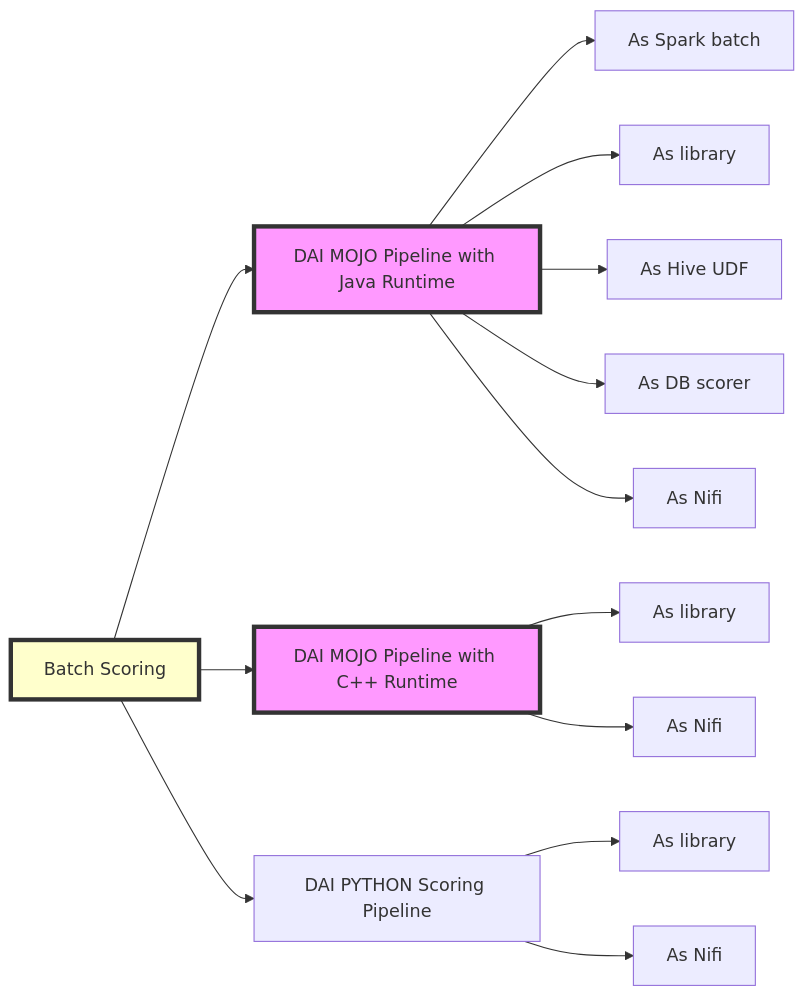
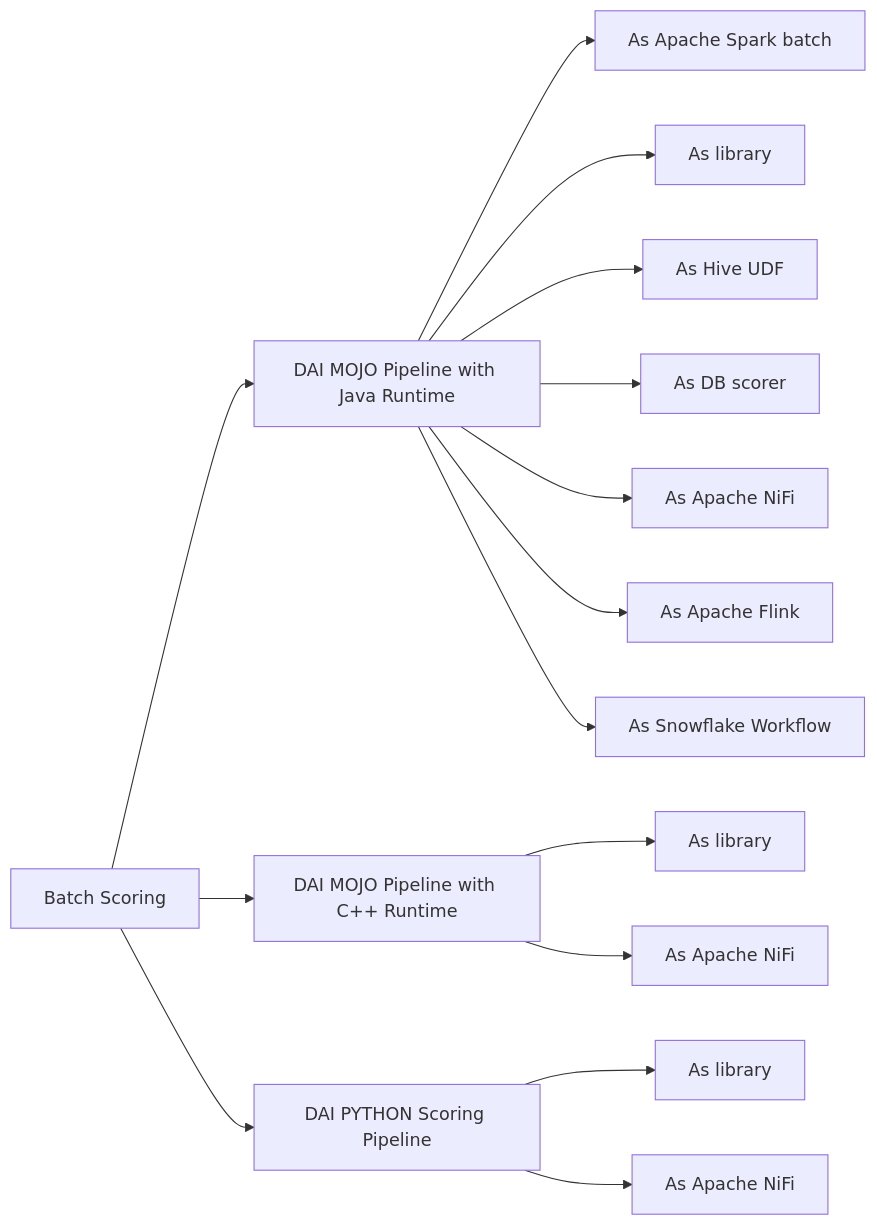
The second of 3 diagrams in docs/index.md (h2oai/mlops-dai-runtimes), drawn with Mermaid before and after one commit. The commit also changed other lines of this file, not shown here.

Commit message:
added links to diagram

````diff
--- a/docs/index.md
+++ b/docs/index.md
@@ -33,23 +38,27 @@
 ```mermaid
 graph LR;
   
   A["Batch Scoring"]-->AA[DAI MOJO Pipeline with Java Runtime];
   A-->AB[DAI MOJO Pipeline with C++ Runtime];
   A-->AC[DAI PYTHON Scoring Pipeline];
   
-  AA-->AAA["As Spark batch"]
+  AA-->AAA["As Apache Spark batch"]
   AA-->AAB["As library"]
   AA-->AAC["As Hive UDF"]
   AA-->AAD["As DB scorer"]
-  AA-->AAE["As Nifi"]
+  AA-->AAE["As Apache NiFi"]
+  AA-->AAF["As Apache Flink"]
+  AA-->AAG["As Snowflake Workflow"]
   
   AB-->ABA["As library"]
-  AB-->ABB["As Nifi "]
+  AB-->ABB["As Apache NiFi"]
   
   AC-->ACA["As library"]
-  AC-->ACB["As Nifi "]
+  AC-->ACB["As Apache NiFi"]
   
-  classDef className fill:#f9f,stroke:#333,stroke-width:4px;
-  style A fill:#FFFFCC
-  class start,A,AA,AB className;
+  click AAA "http://docs.h2o.ai/sparkling-water/3.0/latest-stable/doc/deployment/load_mojo_pipeline.html#loading-and-score-the-mojo"
+  click AAD "./sql-jdbc-scorer"
+  click AAE "https://github.com/james94/dai-deployment-examples/tree/mojo-nifi/mojo-nifi"
+  click AAF "https://github.com/h2oai/dai-deployment-examples/tree/master/mojo-flink"
+  click AAG "https://www.youtube.com/watch?v=EMpGVer01WE"
 ```
````
